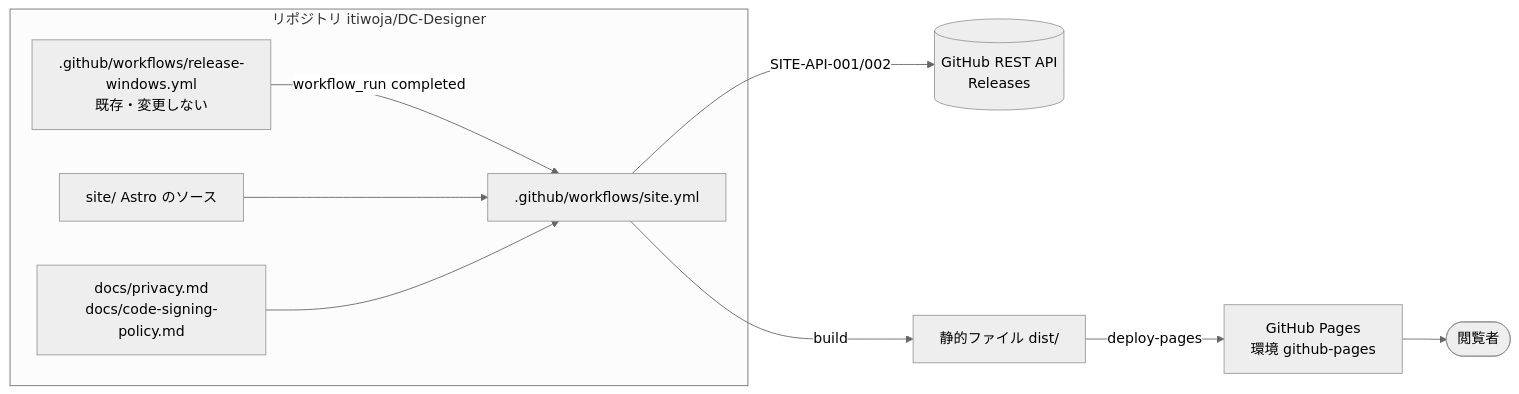
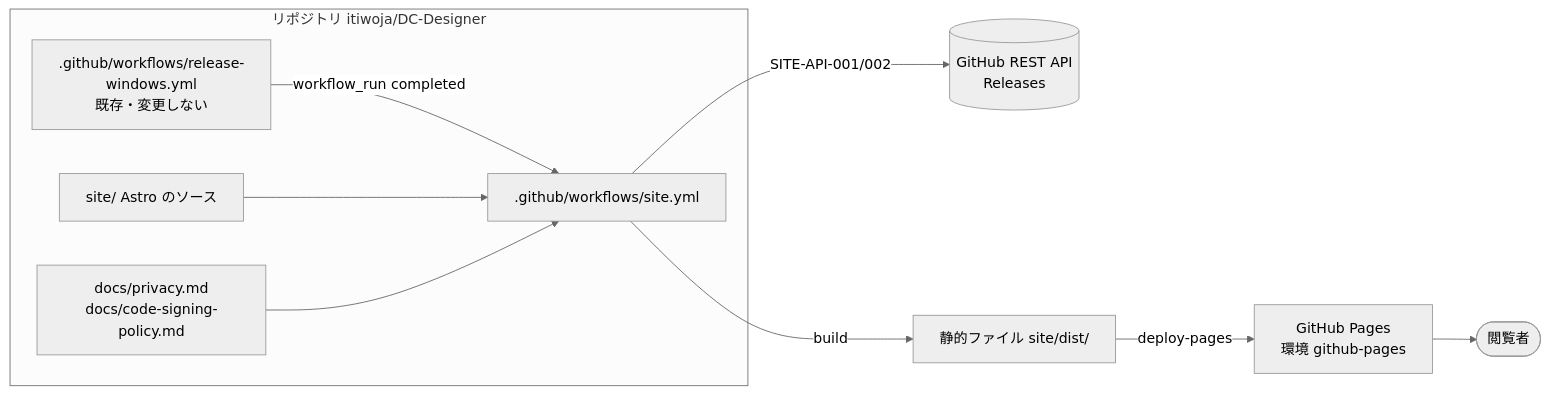
Before and after one commit to itiwoja/DC-Designer: the second of 3 diagrams in docs/design/07_architecture.md, drawn with Mermaid (neutral theme). The commit also changed other lines of this file and 13 other files, not shown here.

````diff
--- a/docs/design/07_architecture.md
+++ b/docs/design/07_architecture.md
@@ -38,16 +38,16 @@
 ```mermaid
 flowchart LR
   subgraph REPO["リポジトリ itiwoja/DC-Designer"]
     SRC[site/ Astro のソース]
     DOCS[docs/privacy.md<br>docs/code-signing-policy.md]
     WF[.github/workflows/site.yml]
     RW[.github/workflows/release-windows.yml<br>既存・変更しない]
   end
   RW -->|workflow_run completed| WF
   WF -->|SITE-API-001/002| API[(GitHub REST API<br>Releases)]
-  WF -->|build| ART[静的ファイル dist/]
+  WF -->|build| ART[静的ファイル site/dist/]
   SRC --> WF
   DOCS --> WF
   ART -->|deploy-pages| PAGES[GitHub Pages<br>環境 github-pages]
   PAGES --> V([閲覧者])
 ```
````
